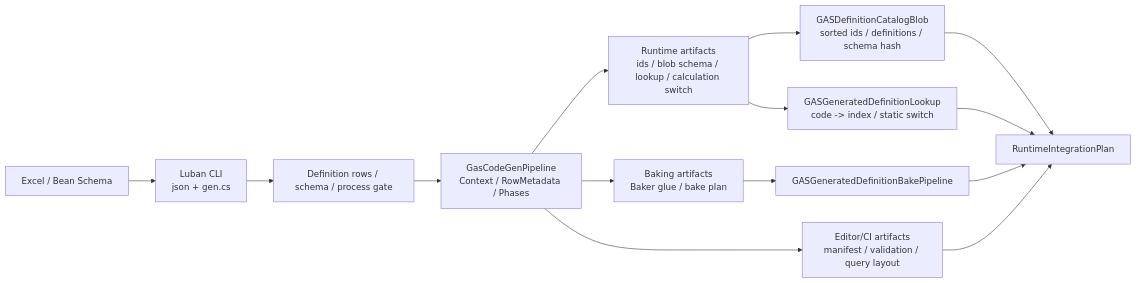
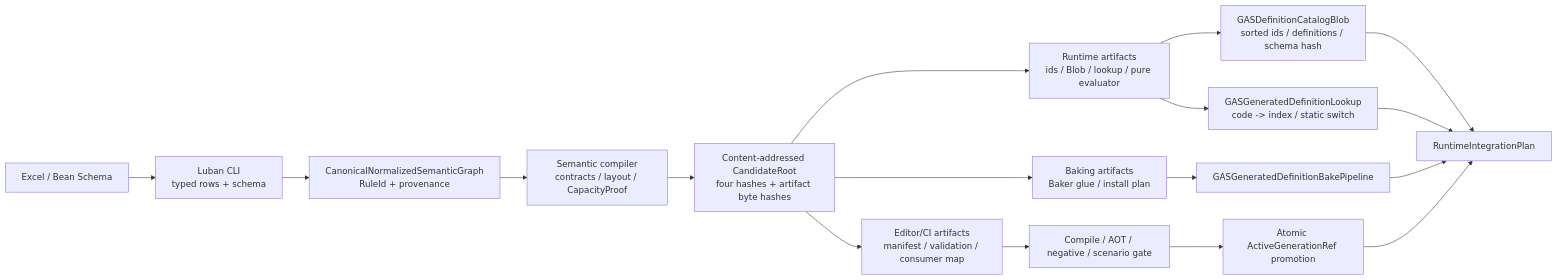
The first of 3 diagrams in 方案讨论/针对2.0的ECS架构的迭代方案讨论/01-目标态架构共识/08-Luban-SourceGenerator配置生成链路Spec.md (Bo-ki/gameplay-ability-system-for-unity), drawn with Mermaid before and after one commit. The commit also changed other lines of this file and 10 other files, not shown here.

````diff
--- a/方案讨论/针对2.0的ECS架构的迭代方案讨论/01-目标态架构共识/08-Luban-SourceGenerator配置生成链路Spec.md
+++ b/方案讨论/针对2.0的ECS架构的迭代方案讨论/01-目标态架构共识/08-Luban-SourceGenerator配置生成链路Spec.md
@@ -28,16 +29,19 @@
 ```mermaid
 flowchart LR
-    Excel["Excel / Bean Schema"] --> Luban["Luban CLI\njson + gen.cs"]
-    Luban --> Rows["Definition rows / schema / process gate"]
-    Rows --> Pipeline["GasCodeGenPipeline\nContext / RowMetadata / Phases"]
-    Pipeline --> RuntimeArtifacts["Runtime artifacts\nids / blob schema / lookup / calculation switch"]
-    Pipeline --> BakingArtifacts["Baking artifacts\nBaker glue / bake plan"]
-    Pipeline --> Reports["Editor/CI artifacts\nmanifest / validation / query layout"]
+    Excel["Excel / Bean Schema"] --> Luban["Luban CLI\ntyped rows + schema"]
+    Luban --> Graph["CanonicalNormalizedSemanticGraph\nRuleId + provenance"]
+    Graph --> Pipeline["Semantic compiler\ncontracts / layout / CapacityProof"]
+    Pipeline --> Candidate["Content-addressed CandidateRoot\nfour hashes + artifact byte hashes"]
+    Candidate --> RuntimeArtifacts["Runtime artifacts\nids / Blob / lookup / pure evaluator"]
+    Candidate --> BakingArtifacts["Baking artifacts\nBaker glue / install plan"]
+    Candidate --> Reports["Editor/CI artifacts\nmanifest / validation / consumer map"]
+    Reports --> Gate["Compile / AOT / negative / scenario gate"]
+    Gate --> Promote["Atomic ActiveGenerationRef promotion"]
     RuntimeArtifacts --> Catalog["GASDefinitionCatalogBlob\nsorted ids / definitions / schema hash"]
     RuntimeArtifacts --> Lookup["GASGeneratedDefinitionLookup\ncode -> index / static switch"]
     BakingArtifacts --> BakePipeline["GASGeneratedDefinitionBakePipeline"]
     Catalog --> Integration["RuntimeIntegrationPlan"]
     Lookup --> Integration
     BakePipeline --> Integration
-    Reports --> Integration
+    Promote --> Integration
 ```
````
